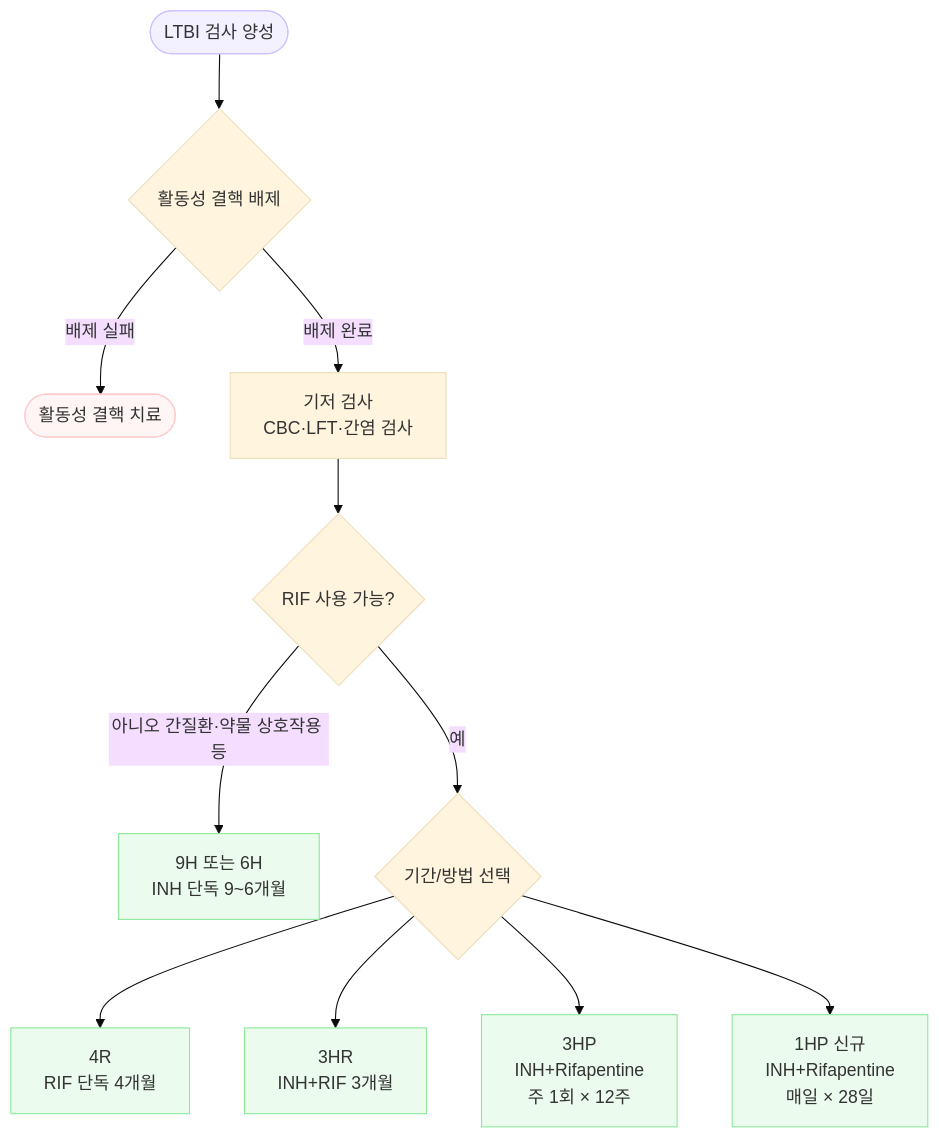
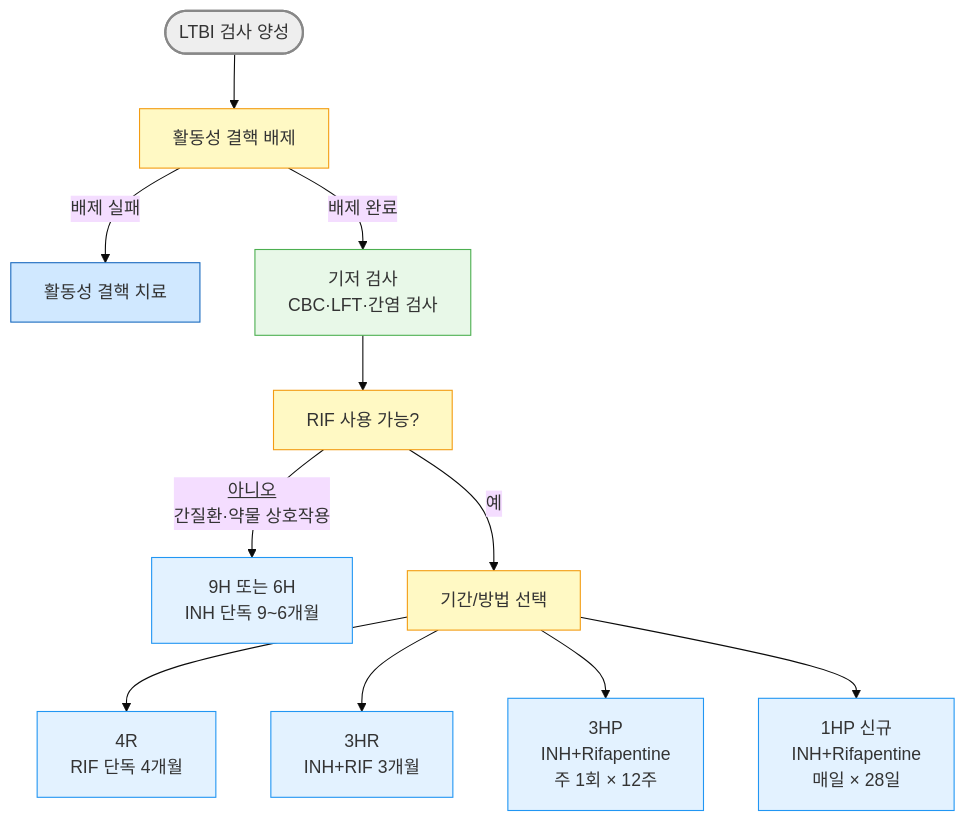
The fourth of 4 diagrams in 223_/070_-tuberculosis.md (familyoh77/familyoh77), drawn with Mermaid (base theme) before and after one commit. The commit also changed other lines of this file, not shown here.

````diff
--- a/223_/070_-tuberculosis.md
+++ b/223_/070_-tuberculosis.md
@@ -464,21 +452,21 @@
 ```mermaid
 graph TD
-    A([LTBI 검사 양성]) --> B{활동성 결핵 배제}
-    B -->|배제 실패| C([활동성 결핵 치료])
+    A([LTBI 검사 양성]) --> B[활동성 결핵 배제]
+    B -->|배제 실패| C[활동성 결핵 치료]
     B -->|배제 완료| D["기저 검사<br/>CBC·LFT·간염 검사"]
-    D --> E{RIF 사용 가능?}
-    E -->|아니오 간질환·약물 상호작용 등| F["9H 또는 6H<br/>INH 단독 9~6개월"]
-    E -->|예| G{기간/방법 선택}
+    D --> E[RIF 사용 가능?]
+    E -->|<u>아니오</u><br/>간질환·약물 상호작용| F["9H 또는 6H<br/>INH 단독 9~6개월"]
+    E -->|예| G[기간/방법 선택]
     G --> H["4R<br/>RIF 단독 4개월"]
     G --> I["3HR<br/>INH+RIF 3개월"]
     G --> J["3HP<br/>INH+Rifapentine<br/>주 1회 × 12주"]
     G --> K["1HP 신규 <br/>INH+Rifapentine<br/>매일 × 28일"]
 
-    style A fill:#f3f0ff,stroke:#d0bfff
-    style C fill:#fff5f5,stroke:#ffc9c9
-    style H fill:#ebfbee,stroke:#8ce99a
-    style I fill:#ebfbee,stroke:#8ce99a
-    style J fill:#ebfbee,stroke:#8ce99a
-    style K fill:#ebfbee,stroke:#8ce99a
-    style F fill:#ebfbee,stroke:#8ce99a
+    style A fill:#eeeeee,stroke:#888888,stroke-width:2px
+    style D fill:#e8f8e8,stroke:#4caf50
+    style C fill:#d0e8ff,stroke:#1a6abf
+classDef yellow fill:#fff9c4,stroke:#f39c12
+class B,E,G yellow
+classDef sky fill:#e3f2ff,stroke:#2196f3
+class H,I,J,K,F sky
 ```
````
